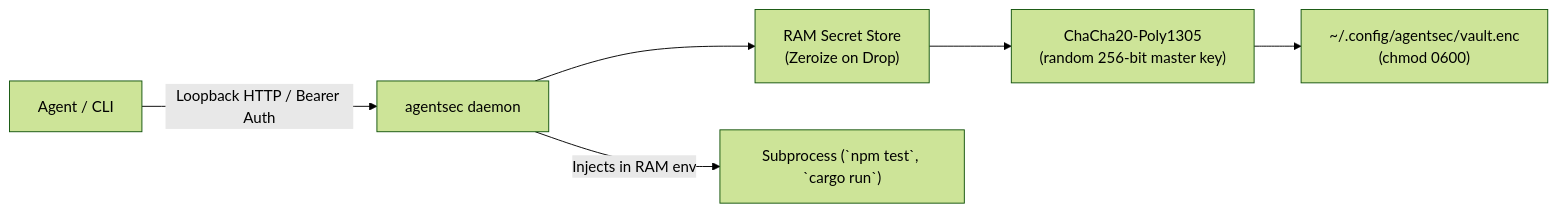
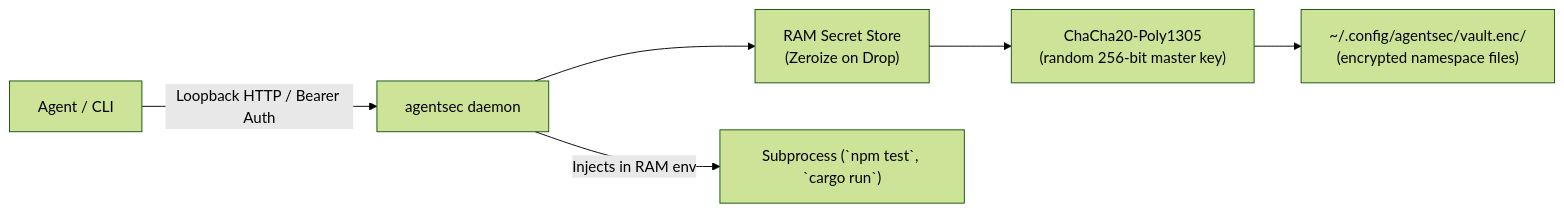
Before and after one commit to dkarapetyan-afk/agentsec: the diagram in README.md, drawn with Mermaid (forest theme). The commit also changed other lines of this file and 19 other files, not shown here.

````diff
--- a/README.md
+++ b/README.md
@@ -330,8 +344,8 @@
 ```mermaid
 flowchart LR
     A["Agent / CLI"] -->|"Loopback HTTP / Bearer Auth"| D["agentsec daemon"]
     D --> S["RAM Secret Store\n(Zeroize on Drop)"]
     S --> C["ChaCha20-Poly1305\n(random 256-bit master key)"]
-    C --> F["~/.config/agentsec/vault.enc\n(chmod 0600)"]
+    C --> F["~/.config/agentsec/vault.enc/\n(encrypted namespace files)"]
     D -->|"Injects in RAM env"| P["Subprocess (`npm test`, `cargo run`)"]
 ```
````
